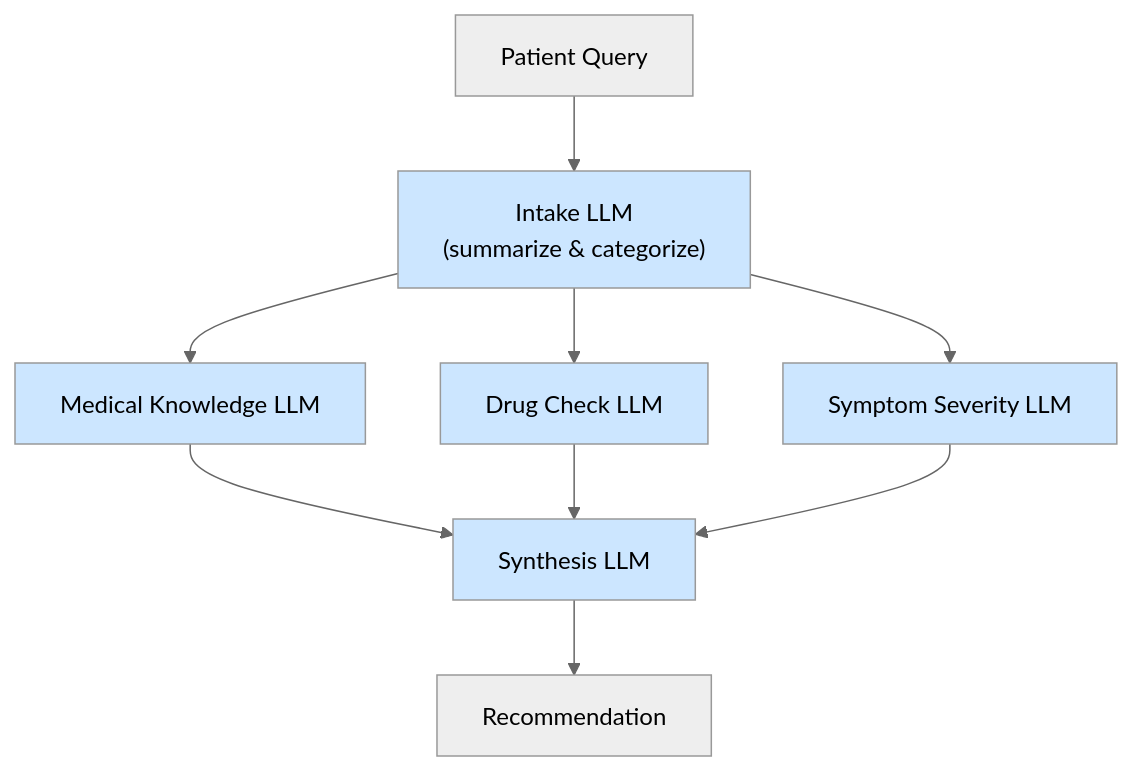
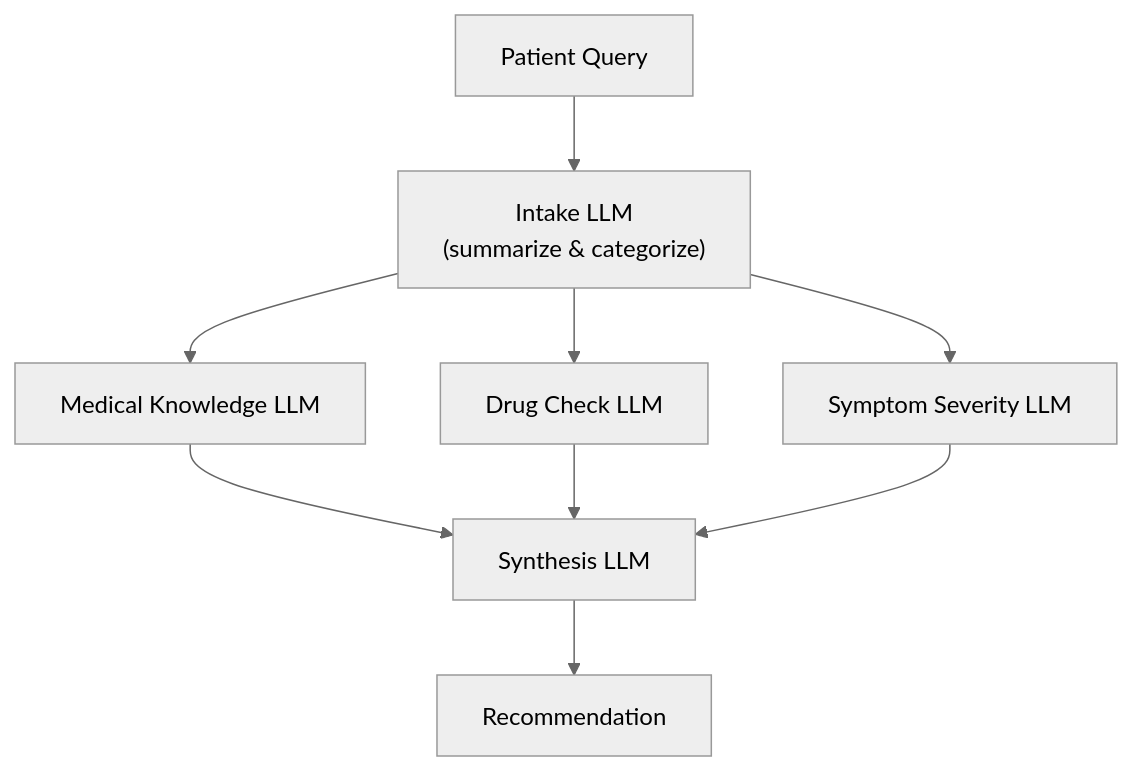
One commit to quantified-uncertainty/cairn changed the fourth of 9 diagrams in apps/delegation-risk/src/content/docs/entanglements/case-studies/examples.md. Above: the diagram before and after it, drawn with Mermaid (neutral theme). The commit also changed other lines of this file and 253 other files, not shown here.

````diff
--- a/apps/delegation-risk/src/content/docs/entanglements/case-studies/examples.md
+++ b/apps/delegation-risk/src/content/docs/entanglements/case-studies/examples.md
@@ -163,18 +145,12 @@
 ```mermaid
 flowchart TB
     PQ[Patient Query]
     PQ --> IL["Intake LLM<br/>(summarize & categorize)"]
     IL --> MK["Medical Knowledge LLM"]
     IL --> DC["Drug Check LLM"]
     IL --> SS["Symptom Severity LLM"]
     MK --> SY["Synthesis LLM"]
     DC --> SY
     SS --> SY
     SY --> REC[Recommendation]
-
-    style IL fill:#cce6ff
-    style MK fill:#cce6ff
-    style DC fill:#cce6ff
-    style SS fill:#cce6ff
-    style SY fill:#cce6ff
 ```
````
